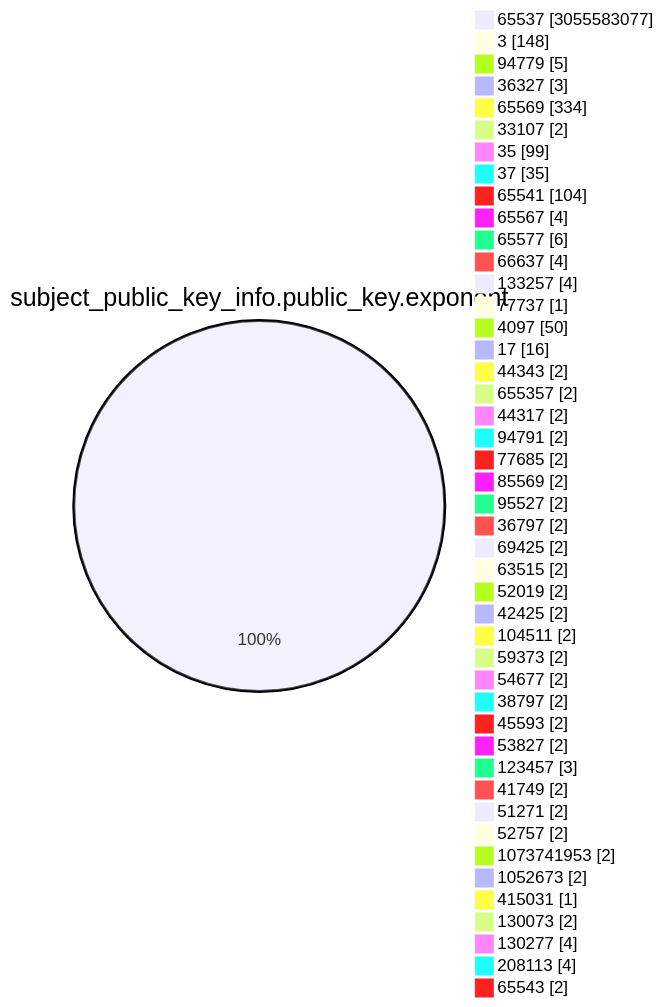
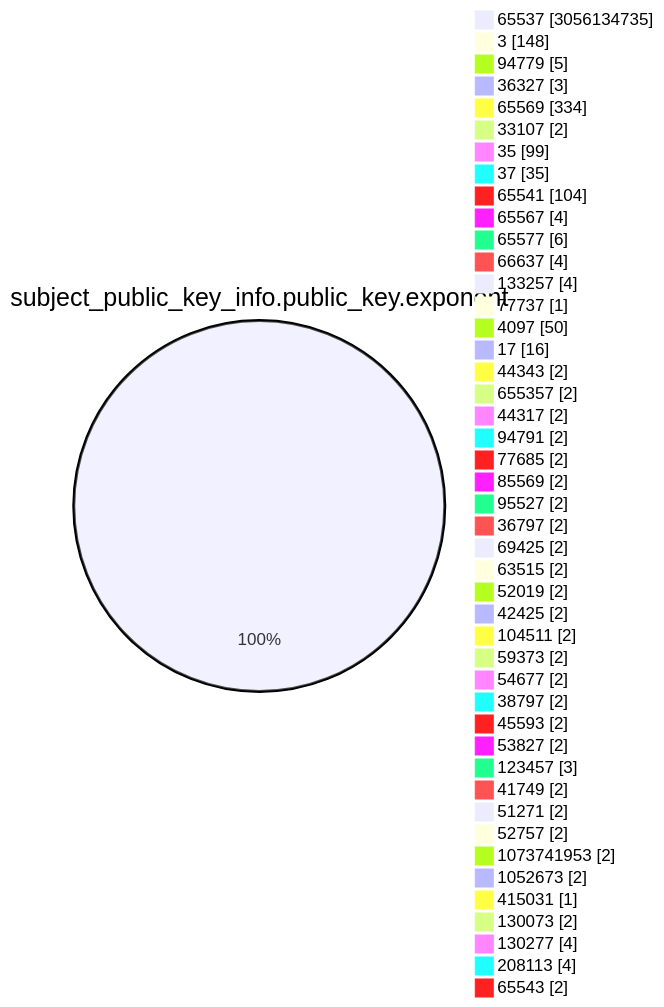
The fourth of 15 diagrams in TOTAL/README.md (christiankrug/ctmonitor_visualization), drawn with Mermaid before and after one commit. The commit also changed other lines of this file, not shown here.

````diff
--- a/TOTAL/README.md
+++ b/TOTAL/README.md
@@ -1473,49 +1473,49 @@
 ```mermaid
 pie showData
 title subject_public_key_info.public_key.exponent
-"65537" :3055583077
+"65537" :3056134735
 "3" :148
 "94779" :5
 "36327" :3
 "65569" :334
 "33107" :2
 "35" :99
 "37" :35
 "65541" :104
 "65567" :4
 "65577" :6
 "66637" :4
 "133257" :4
 "77737" :1
 "4097" :50
 "17" :16
 "44343" :2
 "655357" :2
 "44317" :2
 "94791" :2
 "77685" :2
 "85569" :2
 "95527" :2
 "36797" :2
 "69425" :2
 "63515" :2
 "52019" :2
 "42425" :2
 "104511" :2
 "59373" :2
 "54677" :2
 "38797" :2
 "45593" :2
 "53827" :2
 "123457" :3
 "41749" :2
 "51271" :2
 "52757" :2
 "1073741953" :2
 "1052673" :2
 "415031" :1
 "130073" :2
 "130277" :4
 "208113" :4
 "65543" :2
 ```
````
